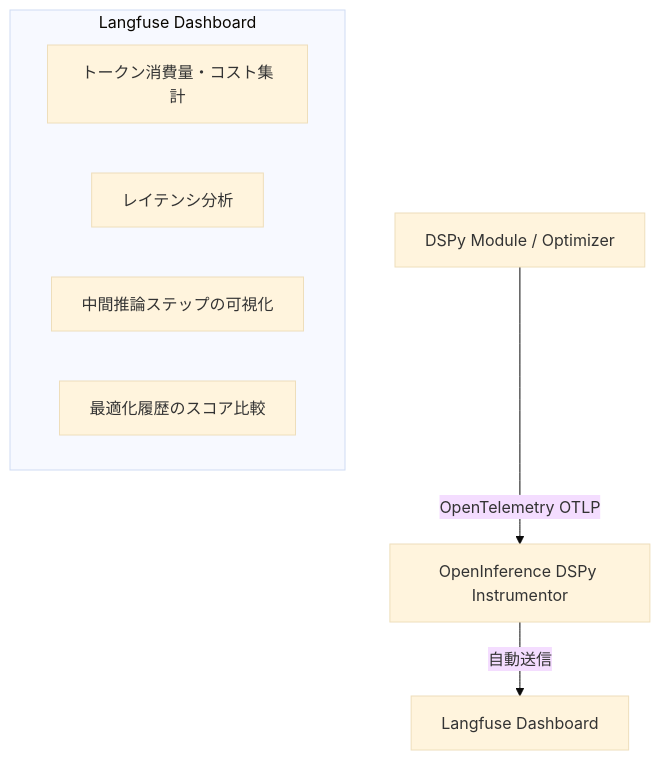
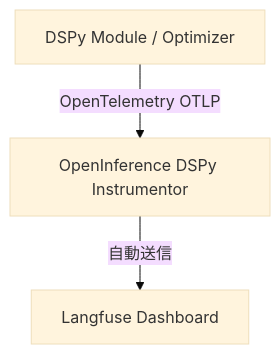
The sixth of 7 diagrams in docs/LEARNING_GUIDE.md (gon9/LaaJ-dspy-looper), drawn with Mermaid (base theme) before and after one commit. The commit also changed other lines of this file and 4 other files, not shown here.

````diff
--- a/docs/LEARNING_GUIDE.md
+++ b/docs/LEARNING_GUIDE.md
@@ -234,12 +212,5 @@
 ```mermaid
 flowchart TD
     D[DSPy Module / Optimizer] -->|OpenTelemetry OTLP| I[OpenInference DSPy Instrumentor]
     I -->|自動送信| L[Langfuse Dashboard]
-
-    subgraph Langfuse Dashboard
-        L1[トークン消費量・コスト集計]
-        L2[レイテンシ分析]
-        L3[中間推論ステップの可視化]
-        L4[最適化履歴のスコア比較]
-    end
 ```
````
